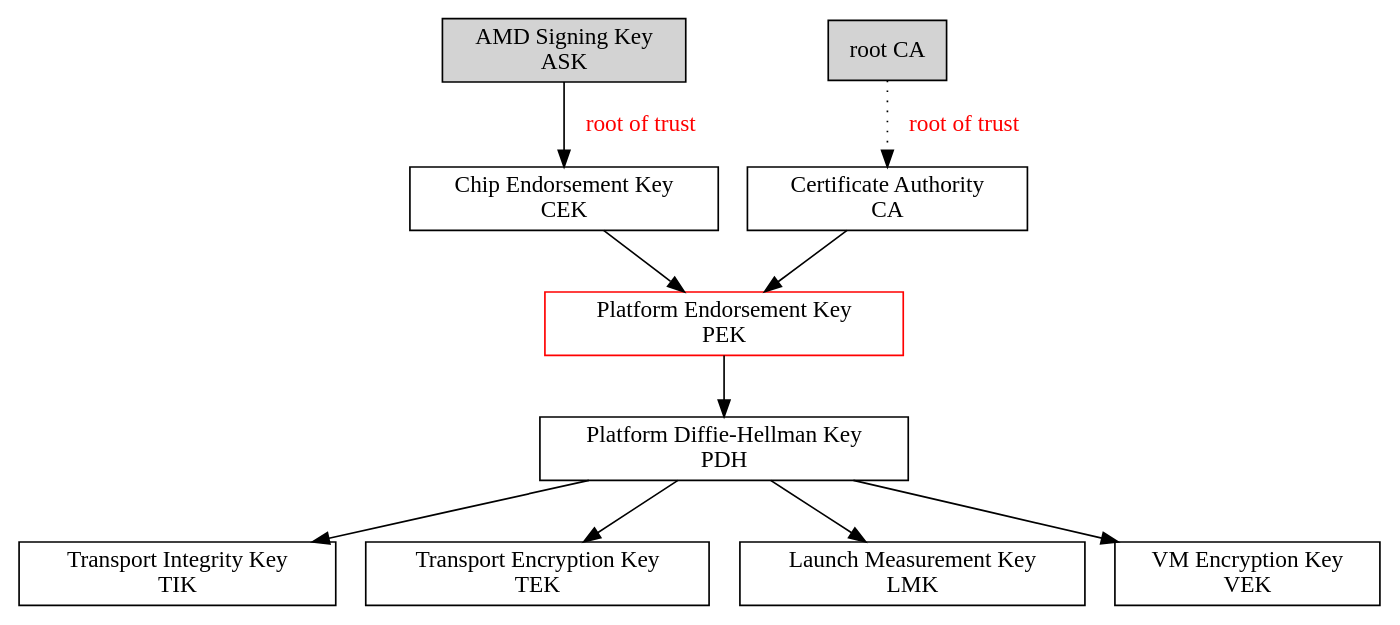
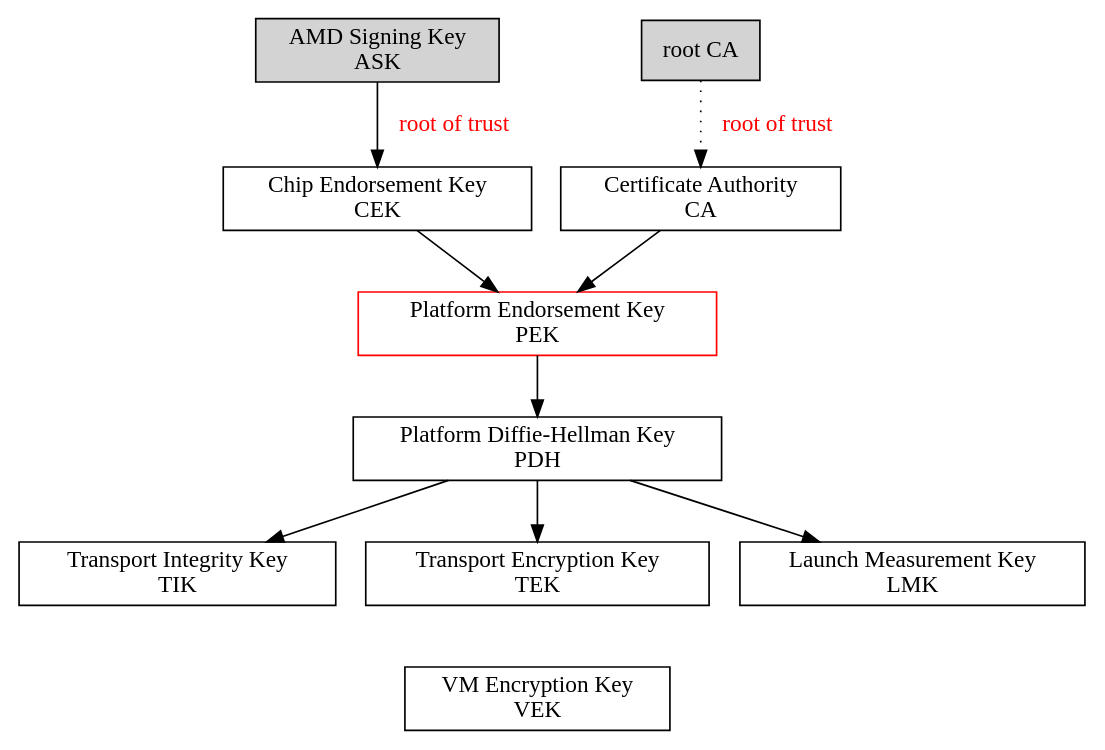
The diagram in sev_keys.gv (fengharry/draw), drawn with Graphviz before and after one commit. The commit also changed 2 other files, not shown here.

```diff
--- a/sev_keys.gv
+++ b/sev_keys.gv
@@ -1,23 +1,32 @@
 digraph keys
 {
 	node[shape = box];
 
 	ASK -> CEK[label = " root of trust"; fontcolor = red];
 	CEK -> PEK -> PDH;
 	ASK[label = "AMD Signing Key \n ASK"; style=filled];
 	CEK[label = "Chip Endorsement Key \n CEK"];
 	PEK[label = "Platform Endorsement Key \n PEK", color = red];
 	PDH[label = "Platform Diffie-Hellman Key \n PDH"];
 
 	root_CA -> CA[label = " root of trust"; fontcolor = red; style = dotted];
 	CA -> PEK;
 	root_CA[label = "root CA"; style = filled];
 	CA[label = "Certificate Authority \n CA"];
 
 	{rank = same; ASK; root_CA}
 
-	PDH -> TIK; TIK[label = "Transport Integrity Key \n TIK"];
-	PDH -> TEK; TEK[label = "Transport Encryption Key \n TEK"];
-	PDH -> LMK; LMK[label = "Launch Measurement Key \n LMK"]
-	PDH -> VEK; VEK[label = "VM Encryption Key \n VEK"];
+	{
+	rank = same;
+	TIK[label = "Transport Integrity Key \n TIK"];
+	TEK[label = "Transport Encryption Key \n TEK"];
+	LMK[label = "Launch Measurement Key \n LMK"]
+	}
+	VEK[label = "VM Encryption Key \n VEK"];
+
+	PDH -> TIK; 
+	PDH -> TEK; 
+	PDH -> LMK; 
+
+	TEK -> VEK[style = invis];
 }
```
